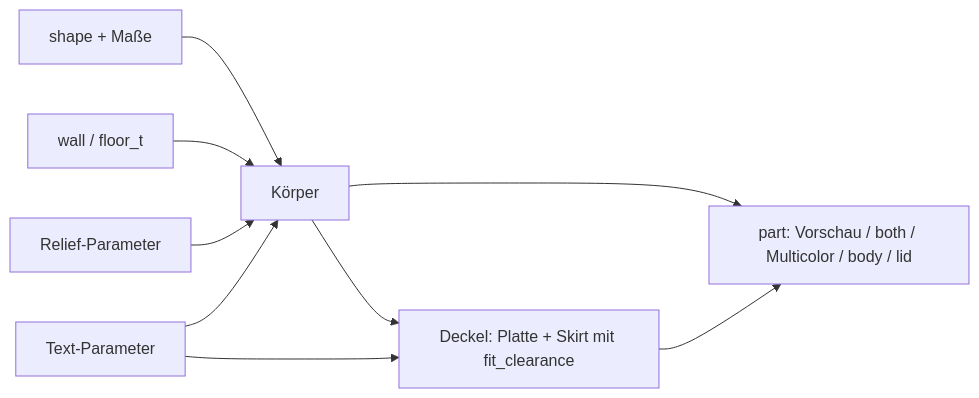
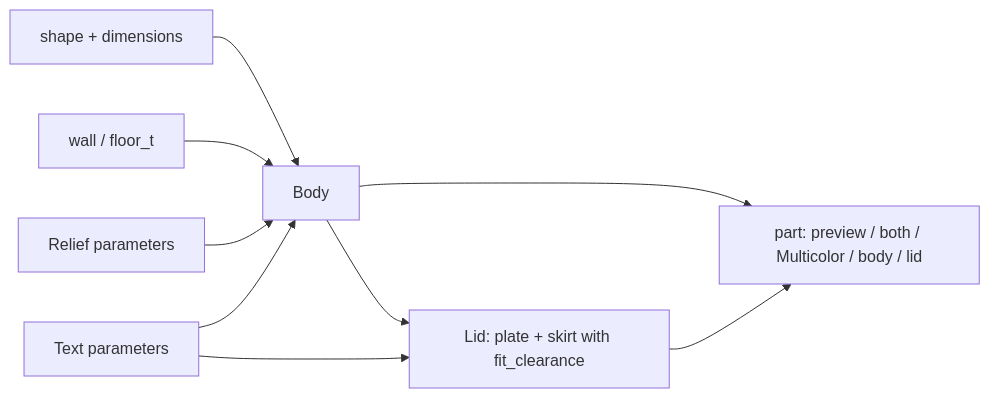
Before and after one commit to BetaHydri/parametric-cad-models: the diagram in models/parametric-vessel/README.md, drawn with Mermaid. The commit also changed other lines of this file and 57 other files, not shown here.

````diff
--- a/models/parametric-vessel/README.md
+++ b/models/parametric-vessel/README.md
@@ -224,11 +222,11 @@
 ```mermaid
 flowchart LR
-    S[shape + Maße] --> B[Körper]
+    S[shape + dimensions] --> B[Body]
     W[wall / floor_t] --> B
-    B --> L[Deckel: Platte + Skirt mit fit_clearance]
-    R[Relief-Parameter] --> B
-    T[Text-Parameter] --> B
+    B --> L[Lid: plate + skirt with fit_clearance]
+    R[Relief parameters] --> B
+    T[Text parameters] --> B
     T --> L
-    B --> O[part: Vorschau / both / Multicolor / body / lid]
+    B --> O[part: preview / both / Multicolor / body / lid]
     L --> O
 ```
````
